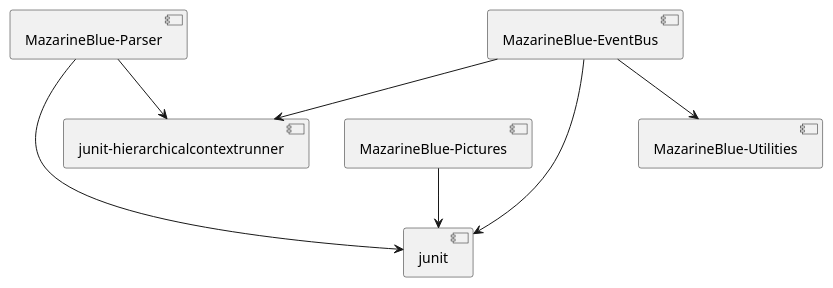
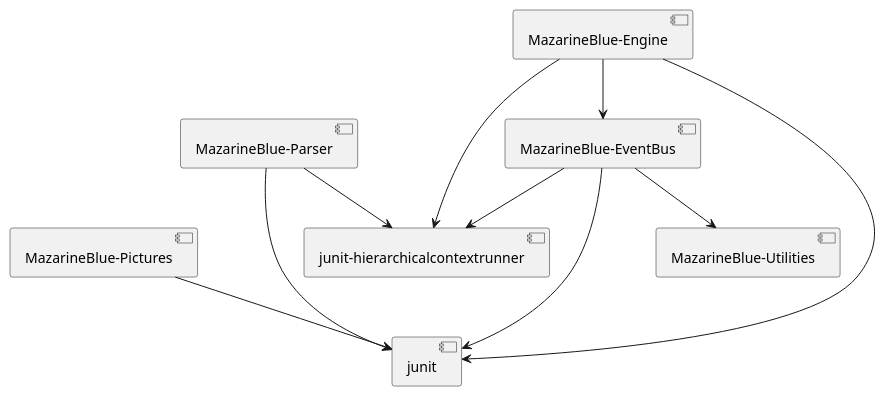
Before and after one commit to bennypoon/MazarineBlue: the diagram in src/main/resources/Component Diagram - Overview.puml, drawn with PlantUML. The commit also changed 43 other files, not shown here.

Commit message:
Release MazarineBlue-Engine (EventDriven)

```diff
--- a/src/main/resources/Component Diagram - Overview.puml
+++ b/src/main/resources/Component Diagram - Overview.puml
@@ -1,8 +1,11 @@
 @startuml
 [MazarineBlue-Parser] --> [junit]
 [MazarineBlue-Parser] --> [junit-hierarchicalcontextrunner]
 [MazarineBlue-Pictures] --> [junit]
 [MazarineBlue-EventBus] ---> [junit]
 [MazarineBlue-EventBus] --> [junit-hierarchicalcontextrunner]
 [MazarineBlue-EventBus] --> [MazarineBlue-Utilities]
+[MazarineBlue-Engine] ---> [junit]
+[MazarineBlue-Engine] --> [junit-hierarchicalcontextrunner]
+[MazarineBlue-Engine] --> [MazarineBlue-EventBus]
 @enduml
```
